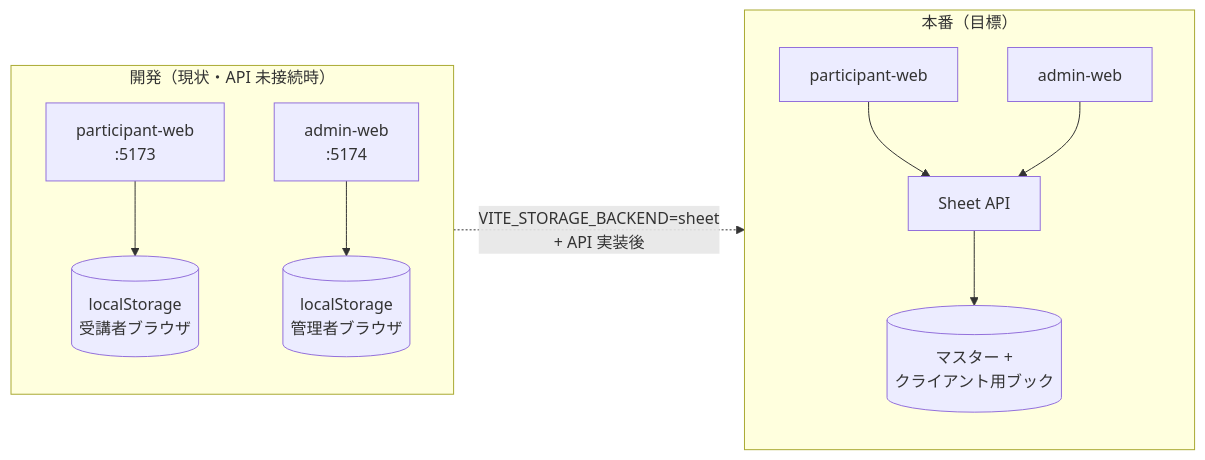
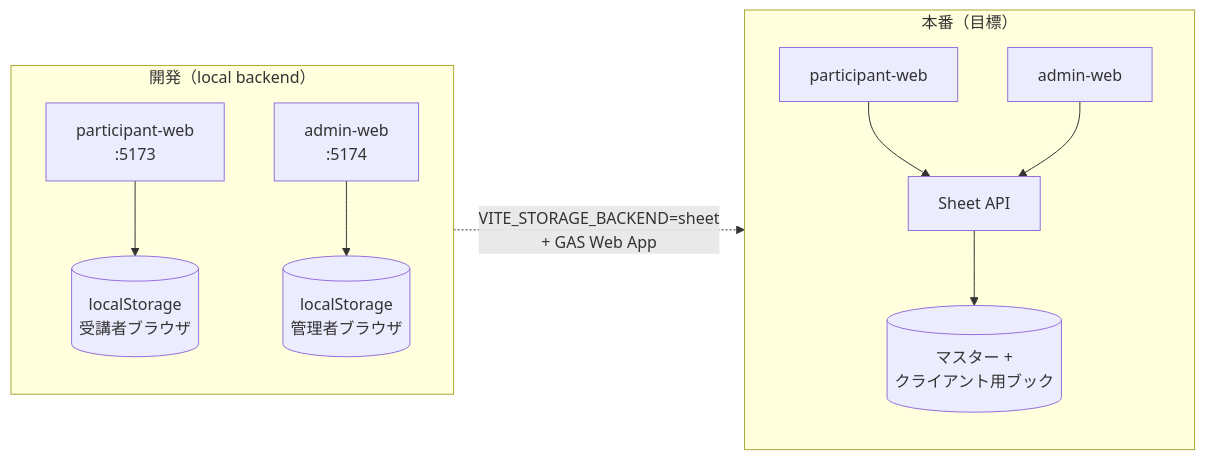
The fourth of 6 diagrams in docs/TECHNICAL-SPEC.md (shintaro0403/experteye360), drawn with Mermaid before and after one commit. The commit also changed other lines of this file and 12 other files, not shown here.

Commit message:
Sheet API mock で、回答が別 room に漏れないことを確認、すべてgreen

````diff
--- a/docs/TECHNICAL-SPEC.md
+++ b/docs/TECHNICAL-SPEC.md
@@ -868,23 +868,23 @@
 ```mermaid
 flowchart LR
-  subgraph dev["開発（現状・API 未接続時）"]
+  subgraph dev["開発（local backend）"]
     P3["participant-web<br/>:5173"]
     A4["admin-web<br/>:5174"]
     LS1[("localStorage<br/>受講者ブラウザ")]
     LS2[("localStorage<br/>管理者ブラウザ")]
     P3 --> LS1
     A4 --> LS2
   end
 
   subgraph prod["本番（目標）"]
     Pp["participant-web"]
     Ap["admin-web"]
     APIp["Sheet API"]
     SSp[("マスター +<br/>クライアント用ブック")]
     Pp --> APIp
     Ap --> APIp
     APIp --> SSp
   end
 
-  dev -.->|"VITE_STORAGE_BACKEND=sheet<br/>+ API 実装後"| prod
+  dev -.->|"VITE_STORAGE_BACKEND=sheet<br/>+ GAS Web App"| prod
 ```
````
